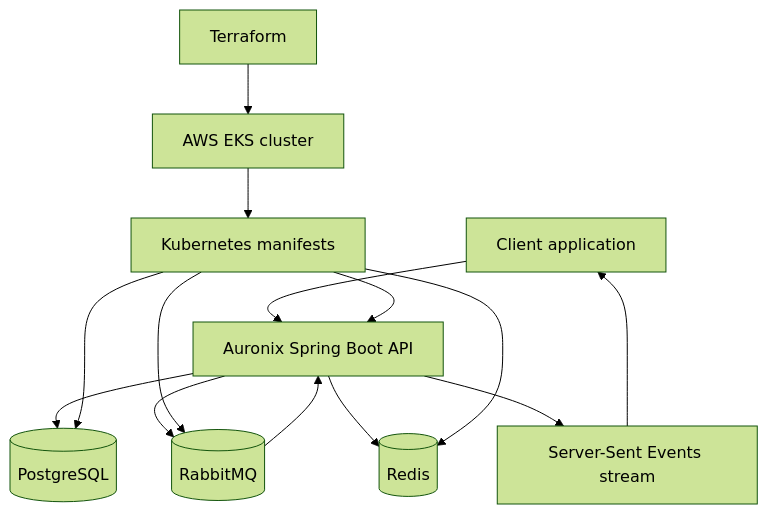
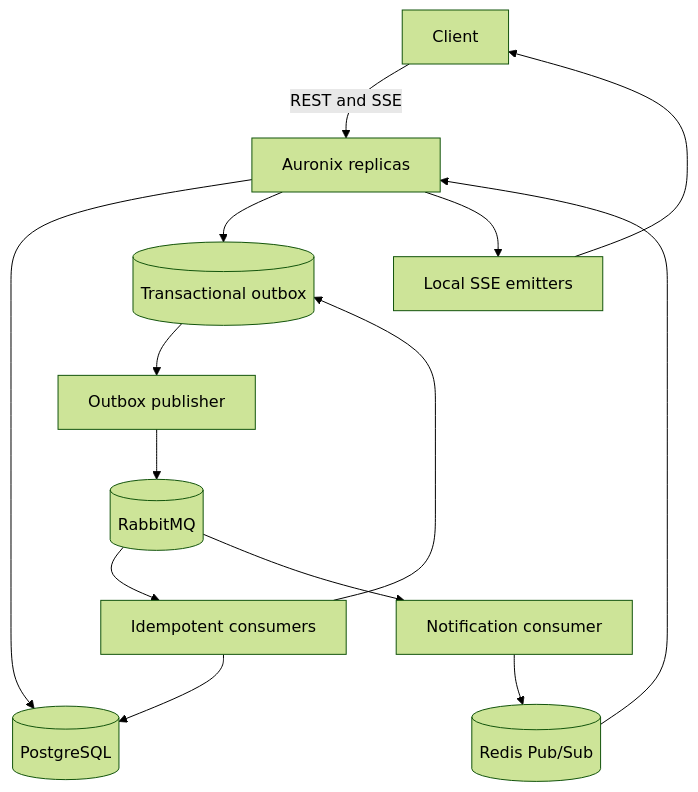
One commit to Joaopdiasventura/Auronix-server changed the diagram in README.md. Above: the diagram before and after it, drawn with Mermaid (forest theme). The commit also changed other lines of this file and 23 other files, not shown here.

Commit message:
docs: update documentation to enhance project description and architecture details

````diff
--- a/README.md
+++ b/README.md
@@ -21,16 +18,16 @@
 ```mermaid
 flowchart TD
-    Client[Client application] --> API[Auronix Spring Boot API]
-    API --> DB[(PostgreSQL)]
-    API --> MQ[(RabbitMQ)]
-    API --> Cache[(Redis)]
-    MQ --> API
-    API --> SSE[Server-Sent Events stream]
-    SSE --> Client
-    Terraform[Terraform] --> EKS[AWS EKS cluster]
-    EKS --> K8s[Kubernetes manifests]
-    K8s --> API
-    K8s --> DB
-    K8s --> MQ
-    K8s --> Cache
+    Client[Client] -->|REST and SSE| API[Auronix replicas]
+    API --> PG[(PostgreSQL)]
+    API --> OB[(Transactional outbox)]
+    OB --> Publisher[Outbox publisher]
+    Publisher --> RMQ[(RabbitMQ)]
+    RMQ --> Consumers[Idempotent consumers]
+    Consumers --> PG
+    Consumers --> OB
+    RMQ --> Notify[Notification consumer]
+    Notify --> Redis[(Redis Pub/Sub)]
+    Redis --> API
+    API --> LocalSSE[Local SSE emitters]
+    LocalSSE --> Client
 ```
````
